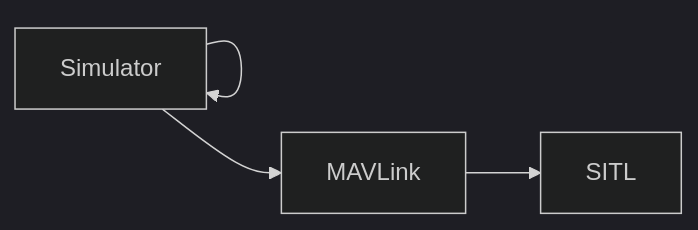
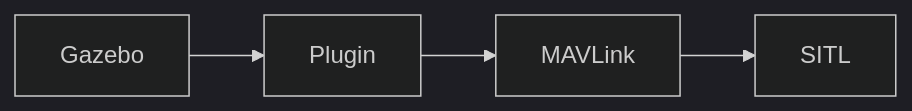
Before and after one commit to zcdong/Devguide: the diagram in book/simulation-gazebo.md, drawn with Mermaid (dark theme).

Commit message:
Fixed sim graph

````diff
--- a/book/simulation-gazebo.md
+++ b/book/simulation-gazebo.md
@@ -5,5 +5,6 @@
 ```mermaid
 graph LR;
-  Simulator-->Simulator-->MAVLink;
+  Gazebo-->Plugin;
+  Plugin-->MAVLink;
   MAVLink-->SITL;
 ```
````
